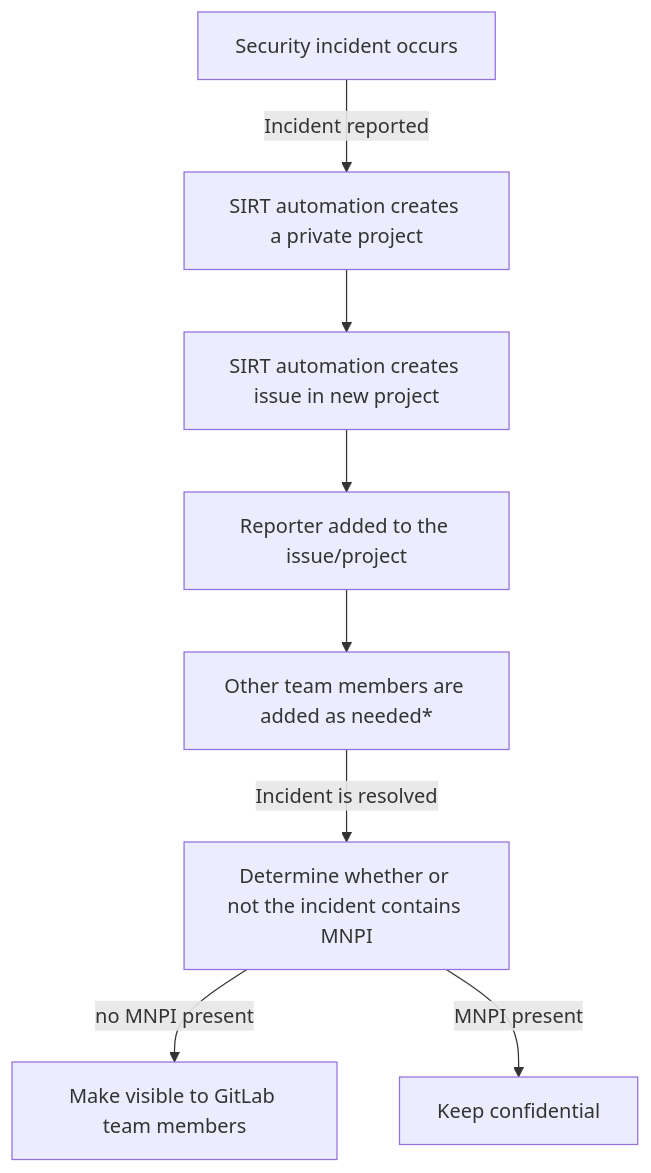
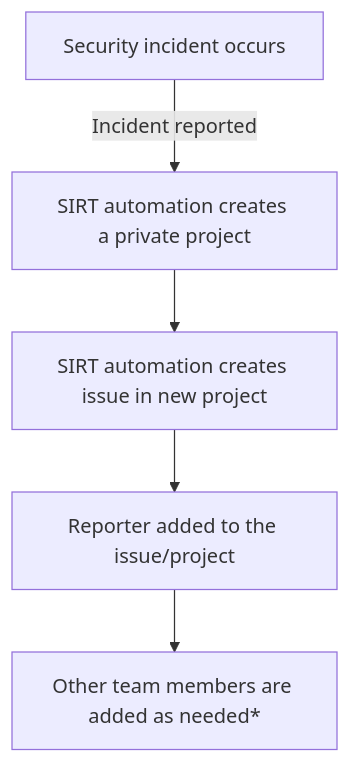
Before and after one commit to zalyoung/gitlab-handbook: the diagram in content/handbook/security/security-operations/sirt/_index.md, drawn with Mermaid. The commit also changed other lines of this file, not shown here.

````diff
--- a/content/handbook/security/security-operations/sirt/_index.md
+++ b/content/handbook/security/security-operations/sirt/_index.md
@@ -70,10 +72,7 @@
 ```mermaid
 graph TD
     A[Security incident occurs] --> |Incident reported| B[SIRT automation creates a private project]
     B -->C[SIRT automation creates issue in new project]
     C -->D[Reporter added to the issue/project]
     D -->E[Other team members are added as needed*]
-    E -->|Incident is resolved| F[Determine whether or not the incident contains MNPI]
-    F -->|no MNPI present| G[Make visible to GitLab team members]
-    F -->|MNPI present| H[Keep confidential]
 ```
````
